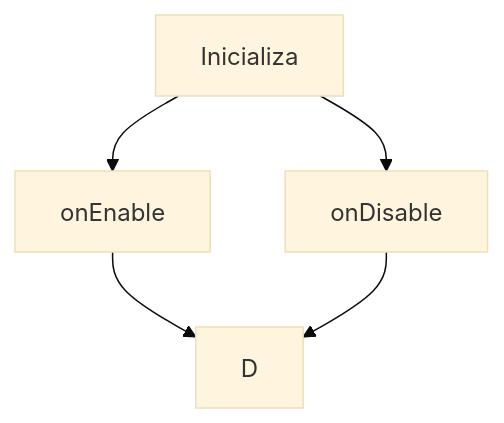
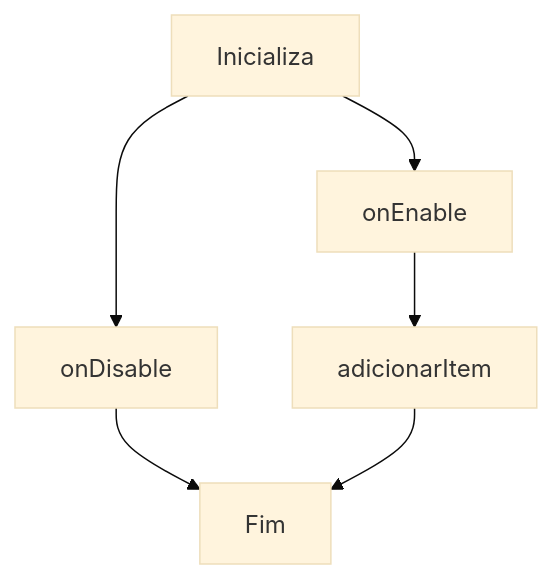
The diagram in README.md (astral123457/bk), drawn with Mermaid (base theme) before and after one commit.

````diff
--- a/README.md
+++ b/README.md
@@ -64,7 +64,8 @@
 ```mermaid
 graph TD;
     Inicializa-->onEnable;
     Inicializa-->onDisable;
-    onEnable-->D;
-    onDisable-->D;
+    onEnable-->adicionarItem;
+    onDisable-->Fim;
+    adicionarItem-->Fim;
 ```
````
